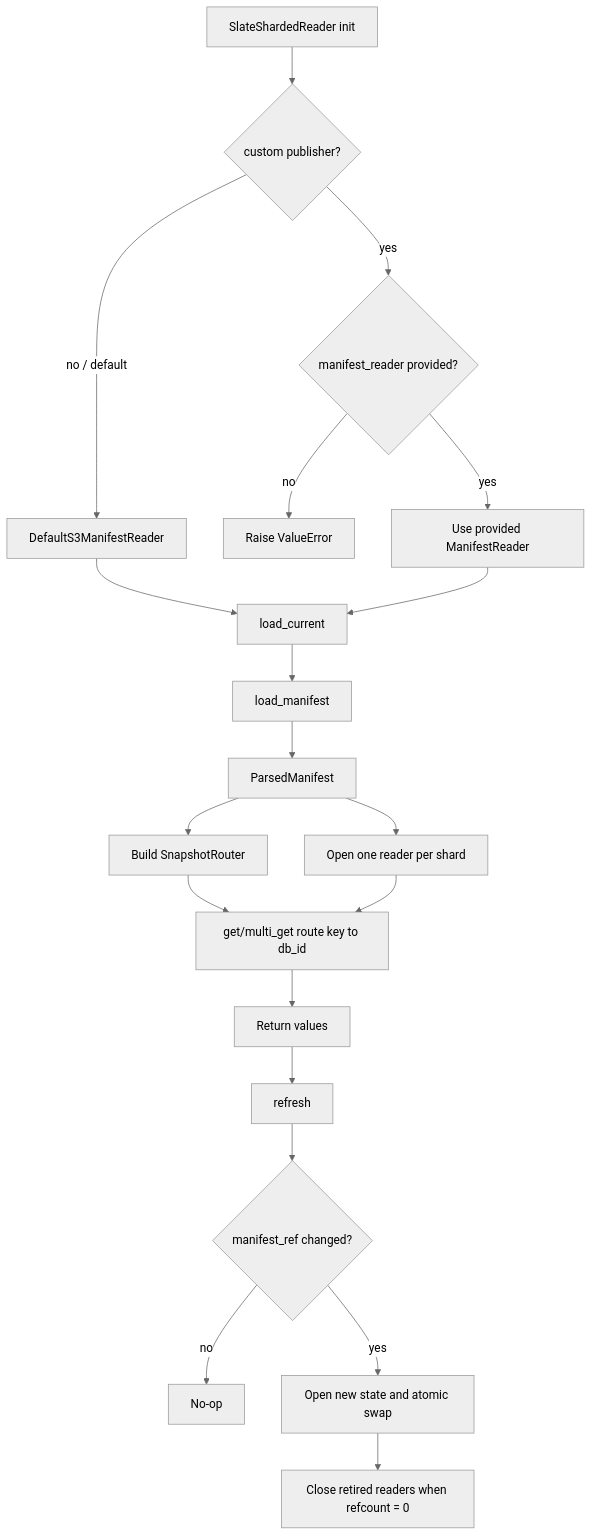
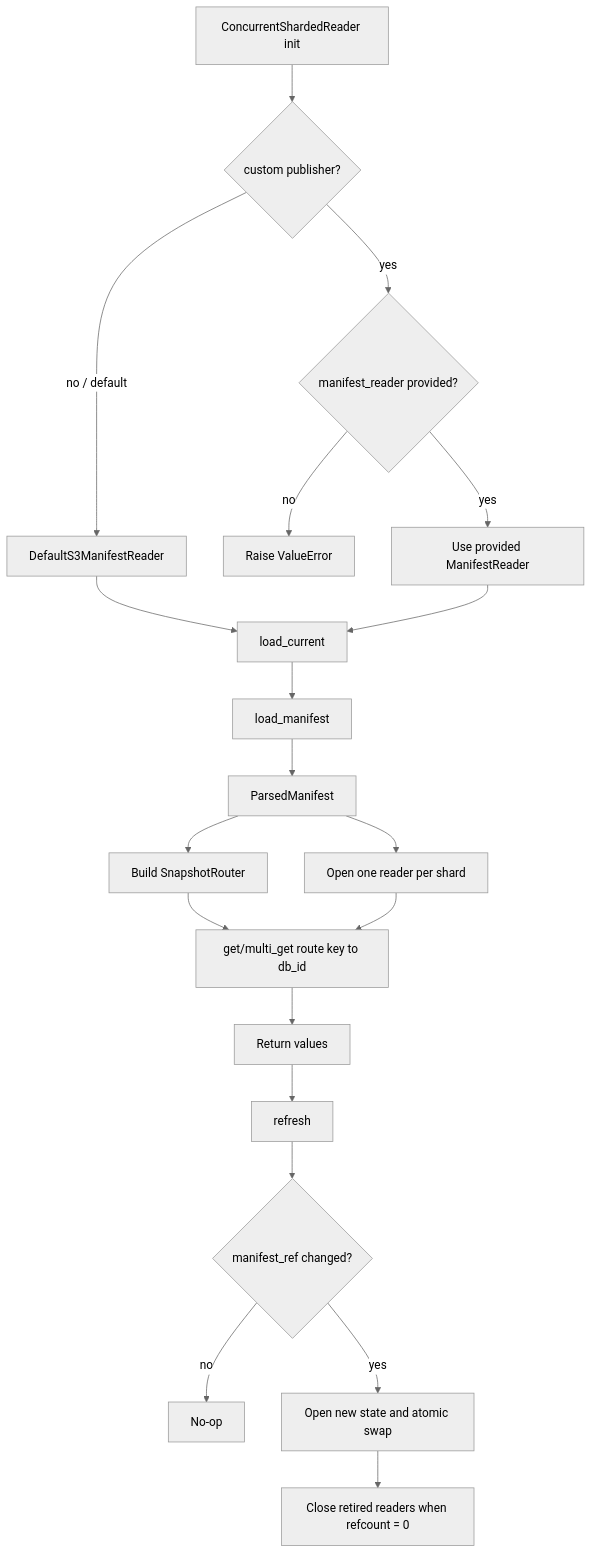
One commit to elkin/shardyfusion changed the second of 2 diagrams in docs/how-it-works.md. Above: the diagram before and after it, drawn with Mermaid (neutral theme). The commit also changed other lines of this file and 16 other files, not shown here.

Commit message:
Create a simple non thread-safe reader class and reuse thread pool in the concurrent reader class

````diff
--- a/docs/how-it-works.md
+++ b/docs/how-it-works.md
@@ -199,22 +199,22 @@
 ```mermaid
 flowchart TD
-    A[SlateShardedReader init] --> B{custom publisher?}
+    A[ConcurrentShardedReader init] --> B{custom publisher?}
     B -->|no / default| C[DefaultS3ManifestReader]
     B -->|yes| D{manifest_reader provided?}
     D -->|no| E[Raise ValueError]
     D -->|yes| F[Use provided ManifestReader]
     C --> G[load_current]
     F --> G
     G --> H[load_manifest]
     H --> I[ParsedManifest]
     I --> J[Build SnapshotRouter]
     I --> K[Open one reader per shard]
     J --> L[get/multi_get route key to db_id]
     K --> L
     L --> M[Return values]
     M --> N[refresh]
     N --> O{manifest_ref changed?}
     O -->|no| P[No-op]
     O -->|yes| Q[Open new state and atomic swap]
     Q --> R[Close retired readers when refcount = 0]
 ```
````
